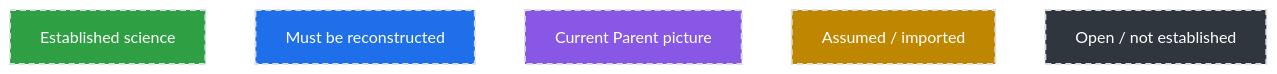
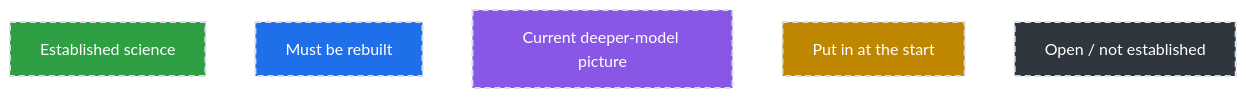
Before and after one commit to cameron467/The-Unbreakable-Law: the first of 4 diagrams in Simplified_Framework/WHY_THIS_IS_NOT_A_THEORY_OF_EVERYTHING_YET.md, drawn with Mermaid. The commit also changed other lines of this file, not shown here.

````diff
--- a/Simplified_Framework/WHY_THIS_IS_NOT_A_THEORY_OF_EVERYTHING_YET.md
+++ b/Simplified_Framework/WHY_THIS_IS_NOT_A_THEORY_OF_EVERYTHING_YET.md
@@ -18,26 +18,26 @@
 ```mermaid
 flowchart LR
 
     A["Established science"]
-    B["Must be reconstructed"]
-    C["Current Parent picture"]
-    D["Assumed / imported"]
+    B["Must be rebuilt"]
+    C["Current deeper-model picture"]
+    D["Put in at the start"]
     E["Open / not established"]
 
     A ~~~ B
     B ~~~ C
     C ~~~ D
     D ~~~ E
 
     classDef known fill:#2ea043,stroke:#d8dee4,stroke-width:2px,stroke-dasharray:6 4,color:#ffffff;
     classDef required fill:#1f6feb,stroke:#d8dee4,stroke-width:2px,stroke-dasharray:6 4,color:#ffffff;
     classDef candidate fill:#8957e5,stroke:#d8dee4,stroke-width:2px,stroke-dasharray:6 4,color:#ffffff;
     classDef assumed fill:#bf8700,stroke:#d8dee4,stroke-width:2px,stroke-dasharray:6 4,color:#ffffff;
     classDef open fill:#30363d,stroke:#d8dee4,stroke-width:2px,stroke-dasharray:6 4,color:#ffffff;
 
     class A known;
     class B required;
     class C candidate;
     class D assumed;
     class E open;
 ```
````
